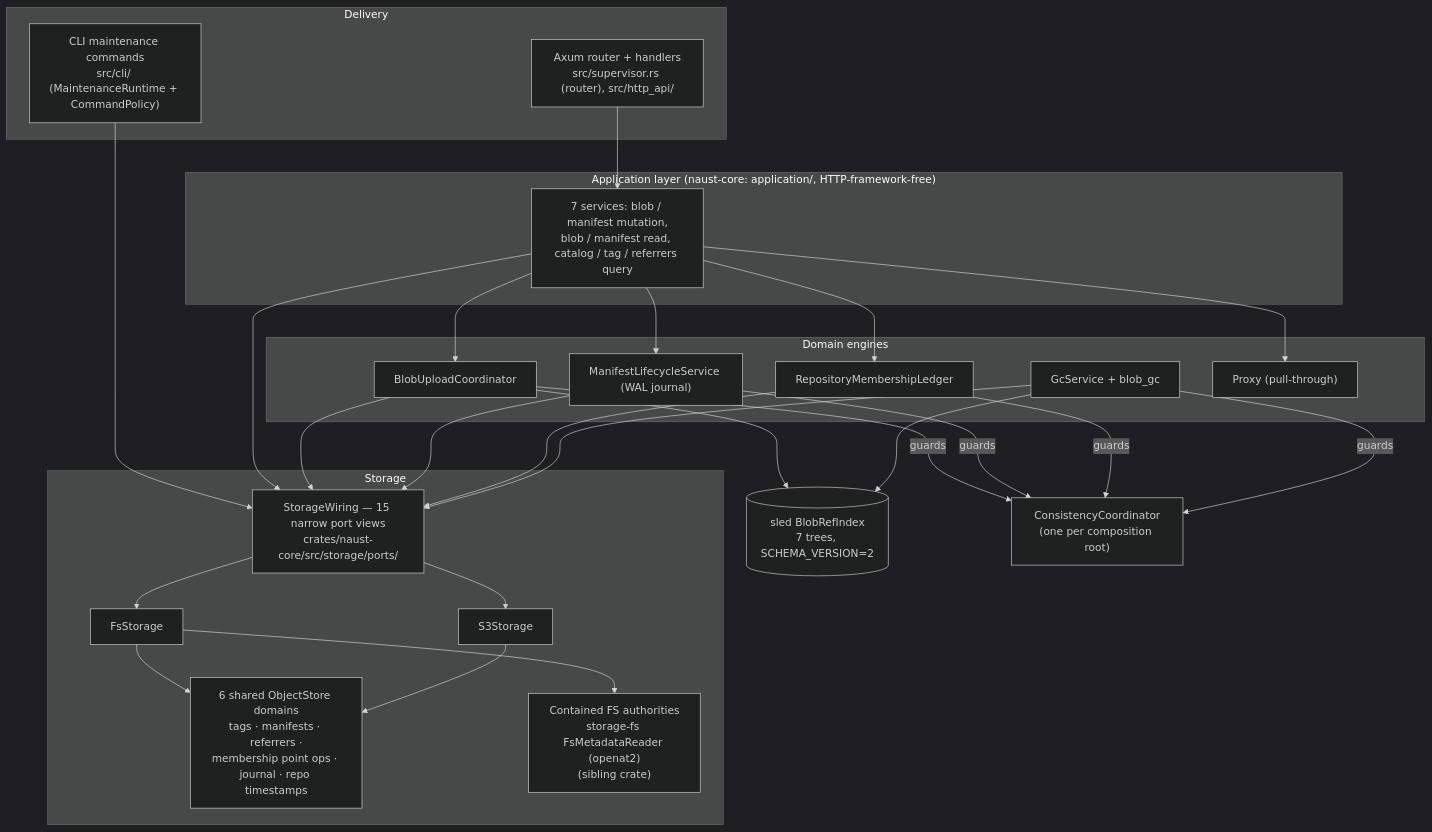
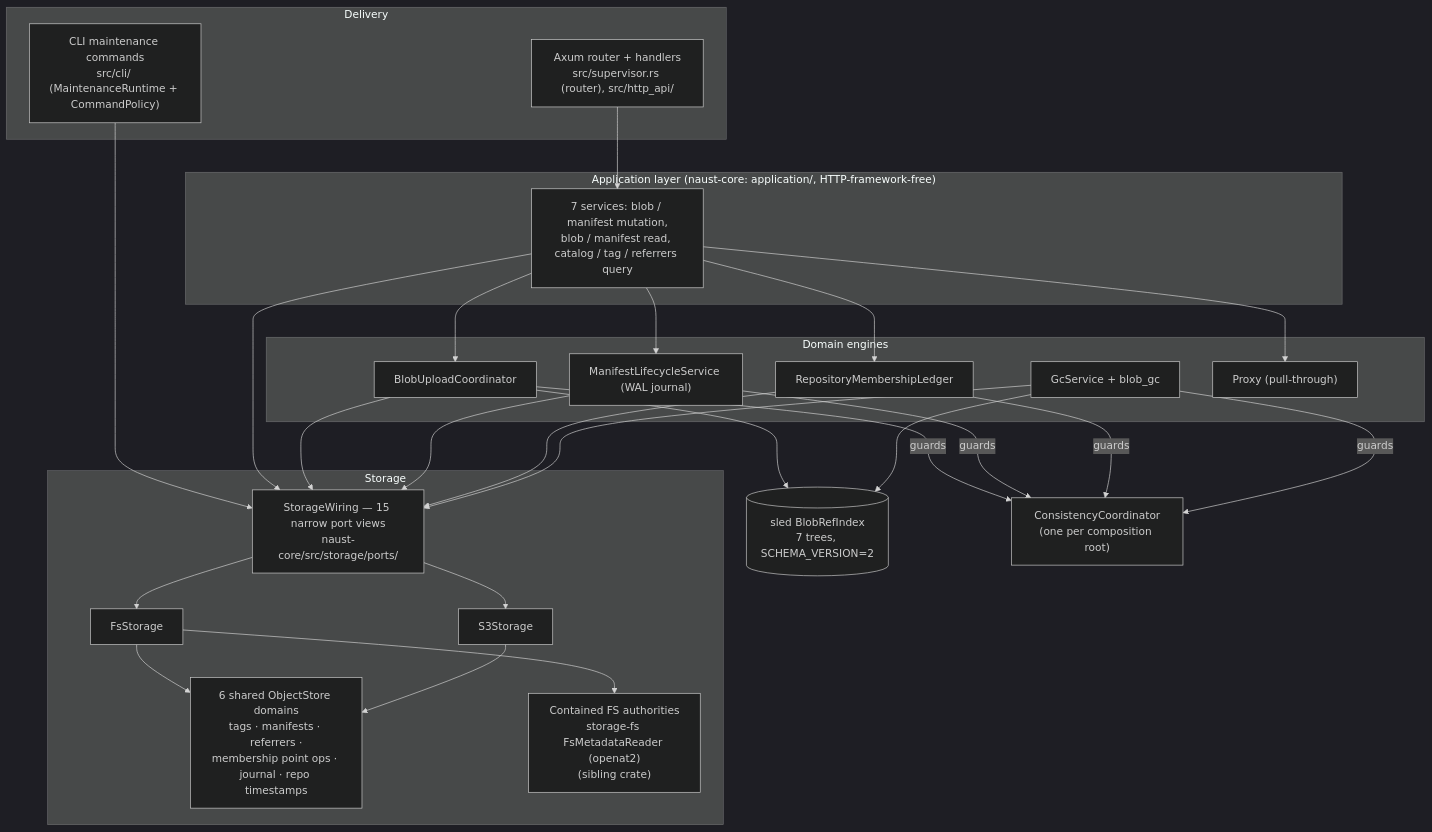
Before and after one commit to DirkTheDaring/naust: the first of 2 diagrams in docs/architecture/README.md, drawn with Mermaid (dark theme). The commit also changed other lines of this file and 88 other files, not shown here.

First line of the commit message:
restructure: naust-core moves to a sibling repository (ADR-012 addendum)

````diff
--- a/docs/architecture/README.md
+++ b/docs/architecture/README.md
@@ -17,38 +17,38 @@
 ```mermaid
 graph TD
     subgraph Delivery
         HTTP["Axum router + handlers<br/>src/supervisor.rs (router), src/http_api/"]
         CLI["CLI maintenance commands<br/>src/cli/ (MaintenanceRuntime + CommandPolicy)"]
     end
     subgraph Application["Application layer (naust-core: application/, HTTP-framework-free)"]
         SVC["7 services: blob / manifest mutation,<br/>blob / manifest read, catalog / tag / referrers query"]
     end
     subgraph Engines["Domain engines"]
         UC["BlobUploadCoordinator"]
         ML["ManifestLifecycleService (WAL journal)"]
         LED["RepositoryMembershipLedger"]
         GC["GcService + blob_gc"]
         PX["Proxy (pull-through)"]
     end
     subgraph Storage
-        W["StorageWiring — 15 narrow port views<br/>crates/naust-core/src/storage/ports/"]
+        W["StorageWiring — 15 narrow port views<br/>naust-core/src/storage/ports/"]
         FS["FsStorage"]
         S3["S3Storage"]
         DOM["6 shared ObjectStore domains<br/>tags · manifests · referrers ·<br/>membership point ops · journal · repo timestamps"]
         CONT["Contained FS authorities<br/>storage-fs FsMetadataReader (openat2)<br/>(sibling crate)"]
     end
     IDX[("sled BlobRefIndex<br/>7 trees, SCHEMA_VERSION=2")]
     CC["ConsistencyCoordinator<br/>(one per composition root)"]
 
     HTTP --> SVC
     CLI --> W
     SVC --> UC & ML & LED & PX
     SVC --> W
     UC & ML & LED & GC --> W
     UC & GC --> IDX
     UC & ML & LED & GC -->|guards| CC
     W --> FS & S3
     FS --> CONT
     FS --> DOM
     S3 --> DOM
 ```
````
